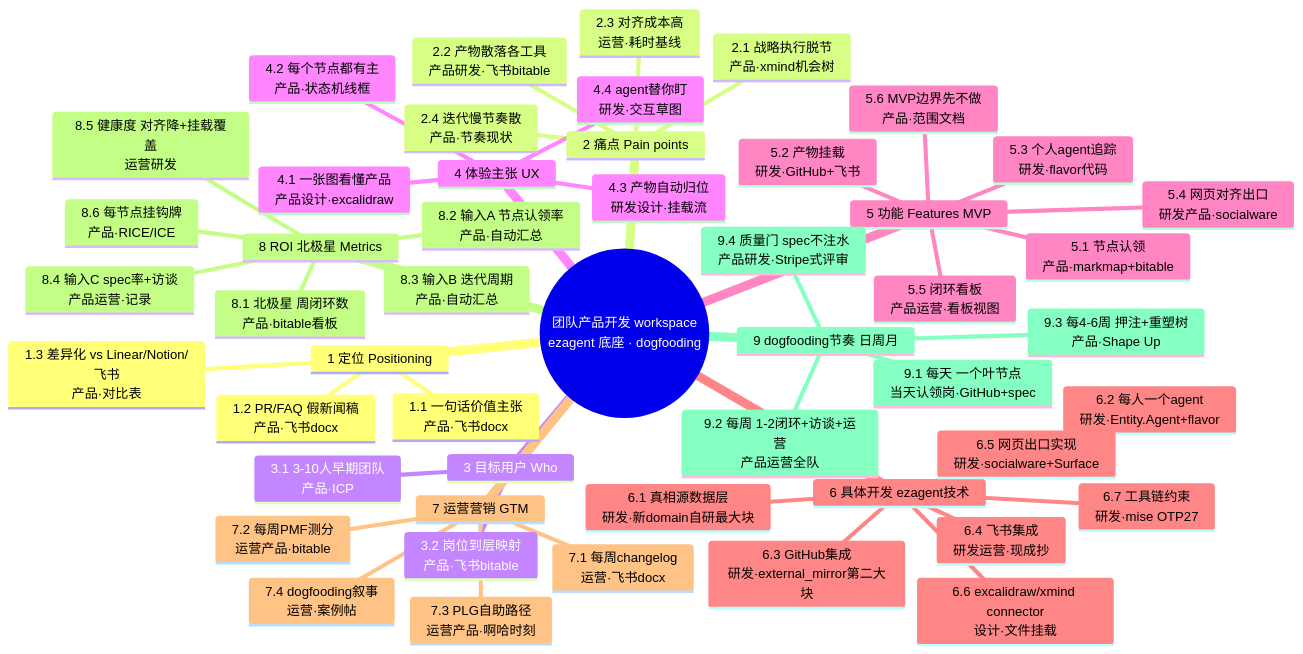
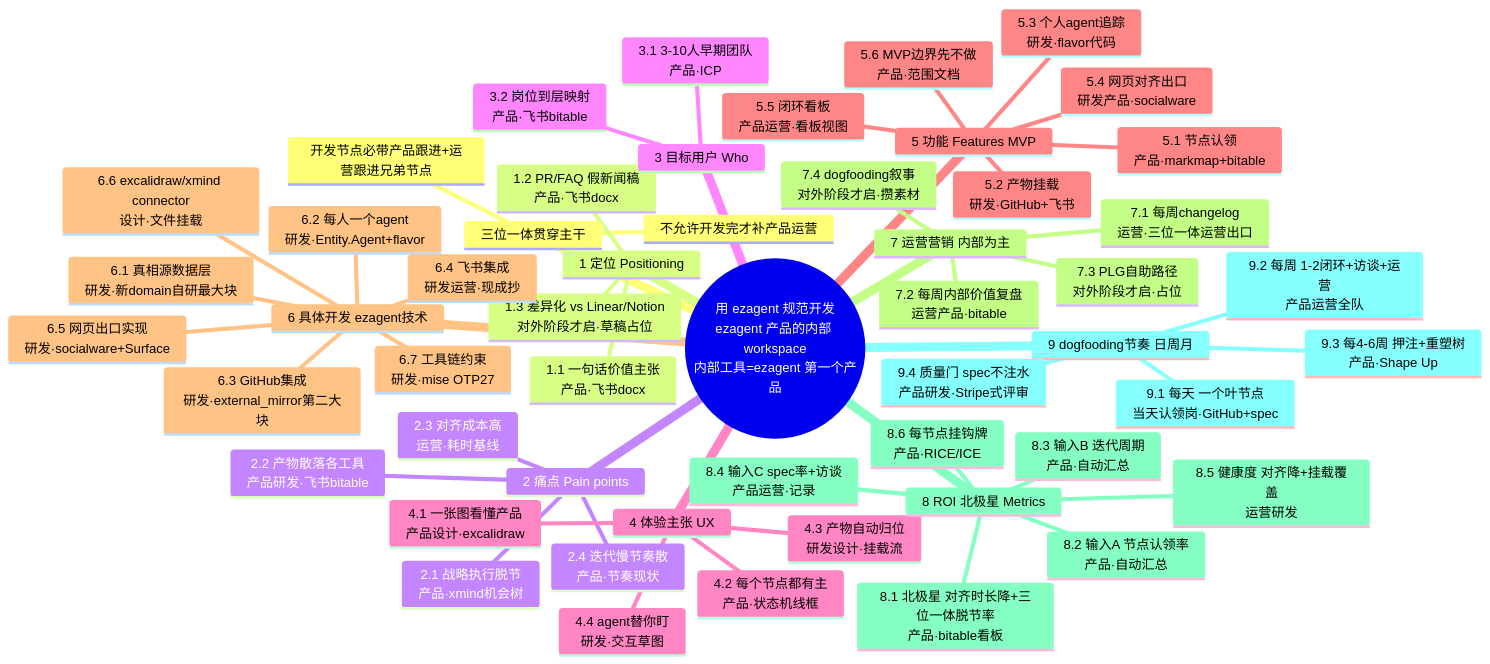
The diagram in docs/discuss/df-prd/03-思维导图.md (jjkysy/ezagent-biz), drawn with Mermaid before and after one commit. The commit also changed other lines of this file and 5 other files, not shown here.

````diff
--- a/docs/discuss/df-prd/03-思维导图.md
+++ b/docs/discuss/df-prd/03-思维导图.md
@@ -269,53 +287,56 @@
 ```mermaid
 mindmap
-  root((团队产品开发 workspace<br/>ezagent 底座 · dogfooding))
+  root((用 ezagent 规范开发<br/>ezagent 产品的内部 workspace<br/>内部工具=ezagent 第一个产品))
+    三位一体贯穿主干
+      开发节点必带产品跟进+运营跟进兄弟节点
+      不允许开发完才补产品运营
     1 定位 Positioning
       1.1 一句话价值主张<br/>产品·飞书docx
       1.2 PR/FAQ 假新闻稿<br/>产品·飞书docx
-      1.3 差异化 vs Linear/Notion/飞书<br/>产品·对比表
+      1.3 差异化 vs Linear/Notion<br/>对外阶段才启·草稿占位
     2 痛点 Pain points
       2.1 战略执行脱节<br/>产品·xmind机会树
       2.2 产物散落各工具<br/>产品研发·飞书bitable
       2.3 对齐成本高<br/>运营·耗时基线
       2.4 迭代慢节奏散<br/>产品·节奏现状
     3 目标用户 Who
       3.1 3-10人早期团队<br/>产品·ICP
       3.2 岗位到层映射<br/>产品·飞书bitable
     4 体验主张 UX
       4.1 一张图看懂产品<br/>产品设计·excalidraw
       4.2 每个节点都有主<br/>产品·状态机线框
       4.3 产物自动归位<br/>研发设计·挂载流
       4.4 agent替你盯<br/>研发·交互草图
     5 功能 Features MVP
       5.1 节点认领<br/>产品·markmap+bitable
       5.2 产物挂载<br/>研发·GitHub+飞书
       5.3 个人agent追踪<br/>研发·flavor代码
       5.4 网页对齐出口<br/>研发产品·socialware
       5.5 闭环看板<br/>产品运营·看板视图
       5.6 MVP边界先不做<br/>产品·范围文档
     6 具体开发 ezagent技术
       6.1 真相源数据层<br/>研发·新domain自研最大块
       6.2 每人一个agent<br/>研发·Entity.Agent+flavor
       6.3 GitHub集成<br/>研发·external_mirror第二大块
       6.4 飞书集成<br/>研发运营·现成抄
       6.5 网页出口实现<br/>研发·socialware+Surface
       6.6 excalidraw/xmind connector<br/>设计·文件挂载
       6.7 工具链约束<br/>研发·mise OTP27
-    7 运营营销 GTM
-      7.1 每周changelog<br/>运营·飞书docx
-      7.2 每周PMF测分<br/>运营产品·bitable
-      7.3 PLG自助路径<br/>运营产品·啊哈时刻
-      7.4 dogfooding叙事<br/>运营·案例帖
+    7 运营营销 内部为主
+      7.1 每周changelog<br/>运营·三位一体运营出口
+      7.2 每周内部价值复盘<br/>运营产品·bitable
+      7.3 PLG自助路径<br/>对外阶段才启·占位
+      7.4 dogfooding叙事<br/>对外阶段才启·攒素材
     8 ROI 北极星 Metrics
-      8.1 北极星 周闭环数<br/>产品·bitable看板
+      8.1 北极星 对齐时长降+三位一体脱节率<br/>产品·bitable看板
       8.2 输入A 节点认领率<br/>产品·自动汇总
       8.3 输入B 迭代周期<br/>产品·自动汇总
       8.4 输入C spec率+访谈<br/>产品运营·记录
       8.5 健康度 对齐降+挂载覆盖<br/>运营研发
       8.6 每节点挂钩牌<br/>产品·RICE/ICE
     9 dogfooding节奏 日周月
       9.1 每天 一个叶节点<br/>当天认领岗·GitHub+spec
       9.2 每周 1-2闭环+访谈+运营<br/>产品运营全队
       9.3 每4-6周 押注+重塑树<br/>产品·Shape Up
       9.4 质量门 spec不注水<br/>产品研发·Stripe式评审
 ```
````
